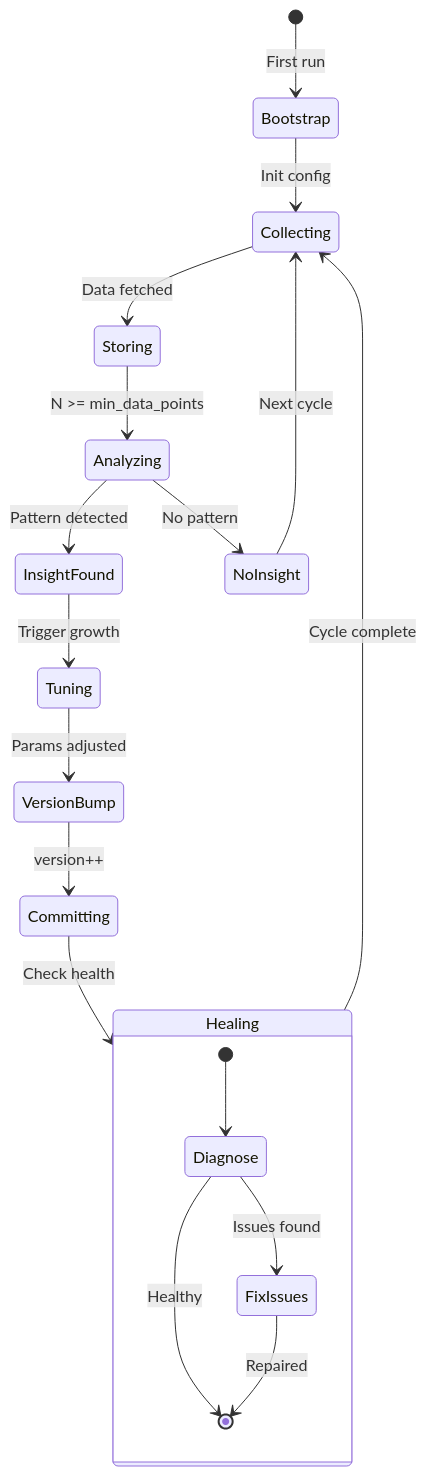
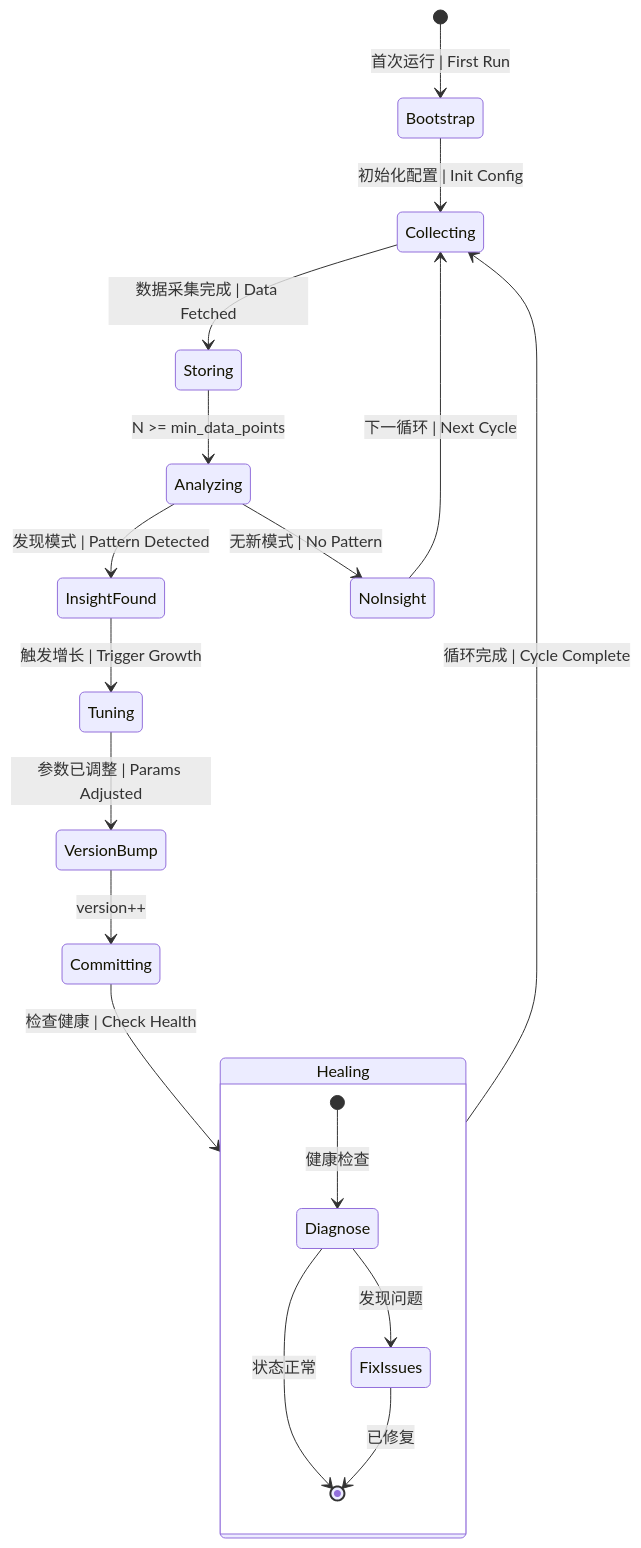
One commit to jincheng3870682453-hash/autonomous-agent changed the fourth of 5 diagrams in README.md. Above: the diagram before and after it, drawn with Mermaid. The commit also changed other lines of this file, not shown here.

Commit message:
v4.1.1: 重构README - 大厂风格架构图+中英双语+完整对比

````diff
--- a/README.md
+++ b/README.md
@@ -418,27 +349,27 @@
 ```mermaid
 stateDiagram-v2
-    [*] --> Bootstrap: First run
-    Bootstrap --> Collecting: Init config
+    [*] --> Bootstrap: 首次运行 | First Run
+    Bootstrap --> Collecting: 初始化配置 | Init Config
 
-    Collecting --> Storing: Data fetched
+    Collecting --> Storing: 数据采集完成 | Data Fetched
     Storing --> Analyzing: N >= min_data_points
 
-    Analyzing --> InsightFound: Pattern detected
-    Analyzing --> NoInsight: No pattern
+    Analyzing --> InsightFound: 发现模式 | Pattern Detected
+    Analyzing --> NoInsight: 无新模式 | No Pattern
 
-    InsightFound --> Tuning: Trigger growth
-    NoInsight --> Collecting: Next cycle
+    InsightFound --> Tuning: 触发增长 | Trigger Growth
+    NoInsight --> Collecting: 下一循环 | Next Cycle
 
-    Tuning --> VersionBump: Params adjusted
+    Tuning --> VersionBump: 参数已调整 | Params Adjusted
     VersionBump --> Committing: version++
 
     state Healing {
-        [*] --> Diagnose
-        Diagnose --> FixIssues: Issues found
-        Diagnose --> [*]: Healthy
-        FixIssues --> [*]: Repaired
+        [*] --> Diagnose: 健康检查
+        Diagnose --> FixIssues: 发现问题
+        Diagnose --> [*]: 状态正常
+        FixIssues --> [*]: 已修复
     }
 
-    Committing --> Healing: Check health
-    Healing --> Collecting: Cycle complete
+    Committing --> Healing: 检查健康 | Check Health
+    Healing --> Collecting: 循环完成 | Cycle Complete
 ```
````
